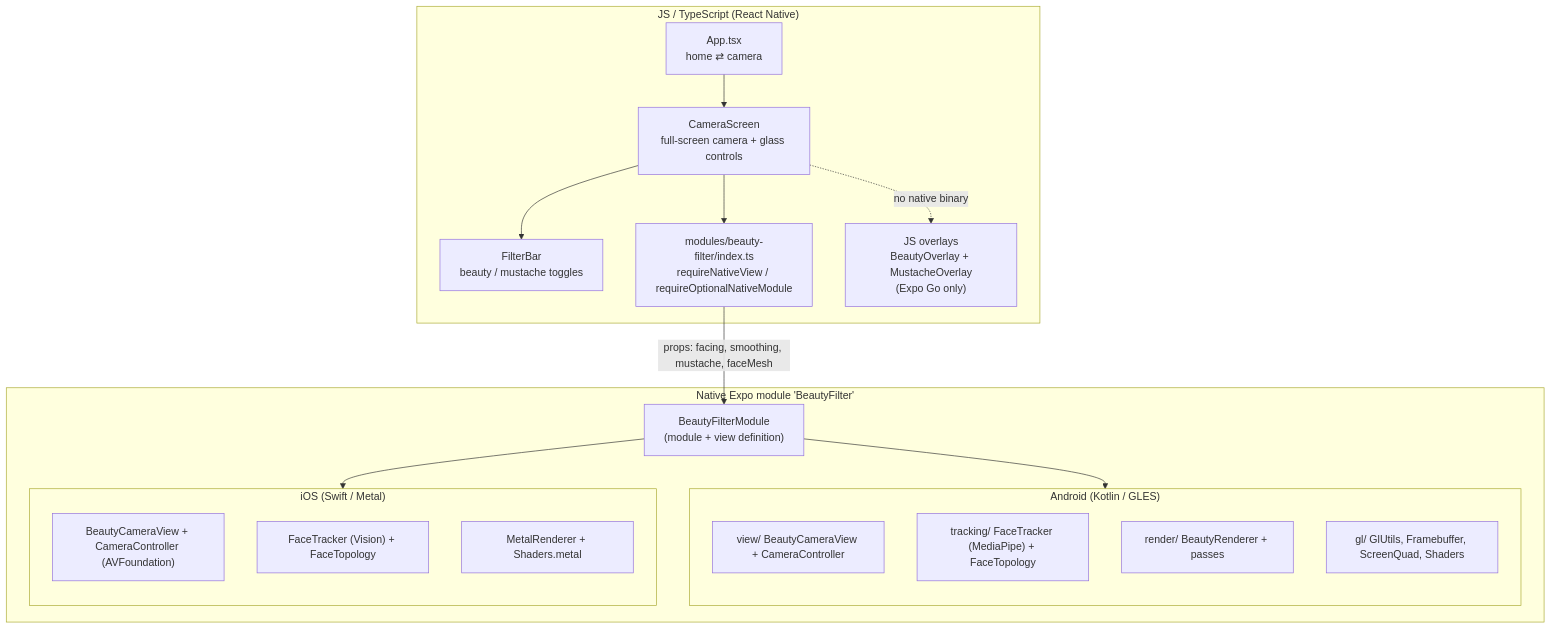
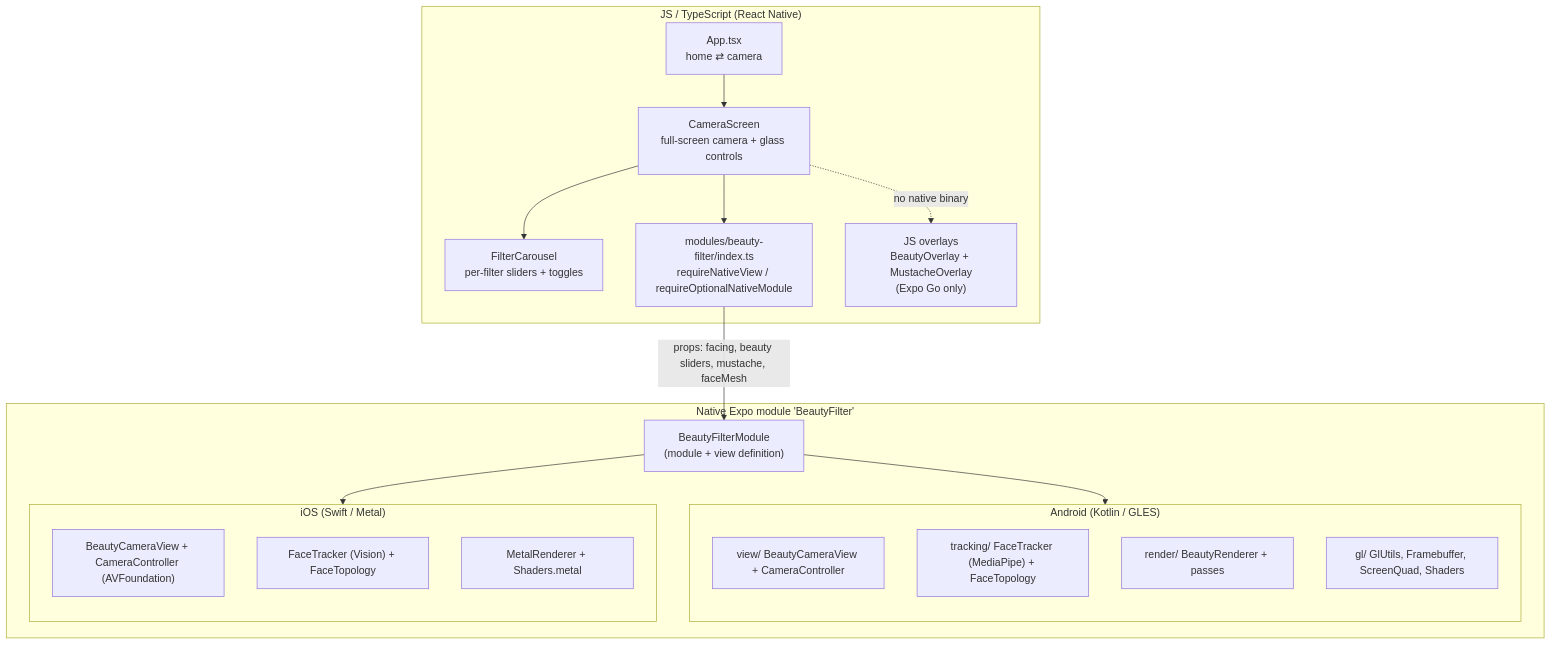
One commit to abdurahmon27/filter-cam changed the first of 5 diagrams in docs/ARCHITECTURE.md. Above: the diagram before and after it, drawn with Mermaid. The commit also changed other lines of this file and 22 other files, not shown here.

First line of the commit message:
feat: Enhance beauty filter features with nose and face slimming adjustments

````diff
--- a/docs/ARCHITECTURE.md
+++ b/docs/ARCHITECTURE.md
@@ -20,35 +21,35 @@
 ```mermaid
 graph TD
     subgraph JS["JS / TypeScript (React Native)"]
         App[App.tsx<br/>home ⇄ camera]
         Cam[CameraScreen<br/>full-screen camera + glass controls]
-        FB[FilterBar<br/>beauty / mustache toggles]
+        FC[FilterCarousel<br/>per-filter sliders + toggles]
         Bridge["modules/beauty-filter/index.ts<br/>requireNativeView / requireOptionalNativeModule"]
         Fallback["JS overlays<br/>BeautyOverlay + MustacheOverlay<br/>(Expo Go only)"]
     end
 
     subgraph Native["Native Expo module 'BeautyFilter'"]
         Mod["BeautyFilterModule<br/>(module + view definition)"]
         subgraph Android["Android (Kotlin / GLES)"]
             direction TB
             AView["view/ BeautyCameraView + CameraController"]
             ATrack["tracking/ FaceTracker (MediaPipe) + FaceTopology"]
             ARender["render/ BeautyRenderer + passes"]
             AGl["gl/ GlUtils, Framebuffer, ScreenQuad, Shaders"]
         end
         subgraph iOS["iOS (Swift / Metal)"]
             direction TB
             IView["BeautyCameraView + CameraController (AVFoundation)"]
             ITrack["FaceTracker (Vision) + FaceTopology"]
             IRender["MetalRenderer + Shaders.metal"]
         end
     end
 
     App --> Cam
-    Cam --> FB
+    Cam --> FC
     Cam --> Bridge
     Cam -. "no native binary" .-> Fallback
-    Bridge -->|"props: facing, smoothing, mustache, faceMesh"| Mod
+    Bridge -->|"props: facing, beauty sliders, mustache, faceMesh"| Mod
     Mod --> Android
     Mod --> iOS
 ```
````
